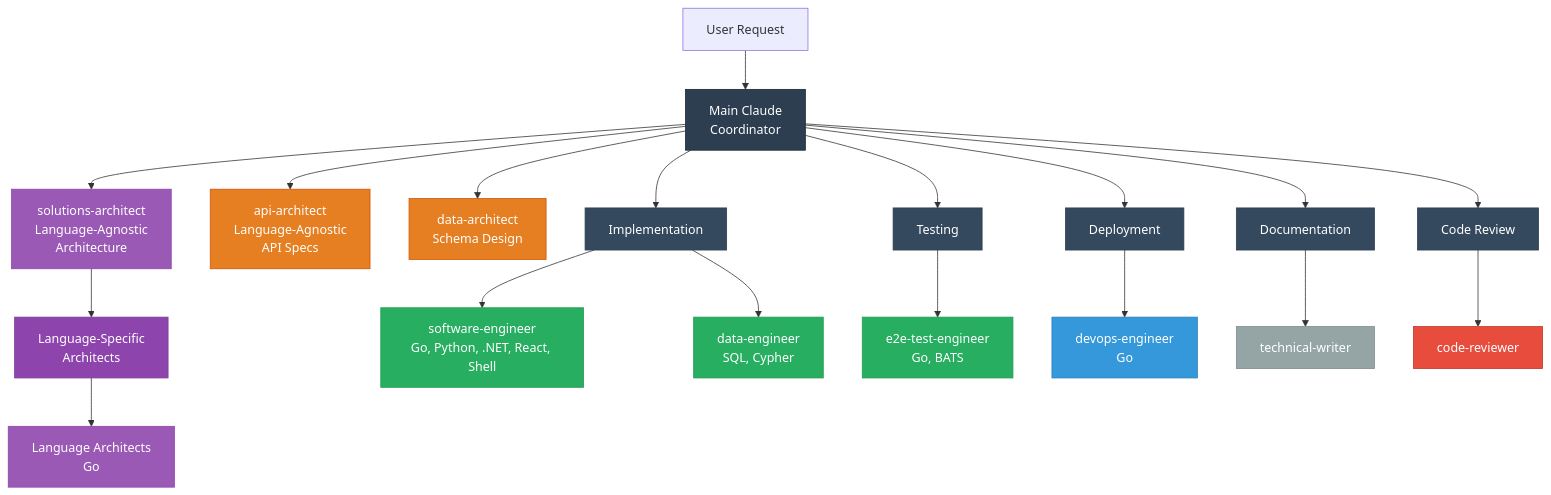
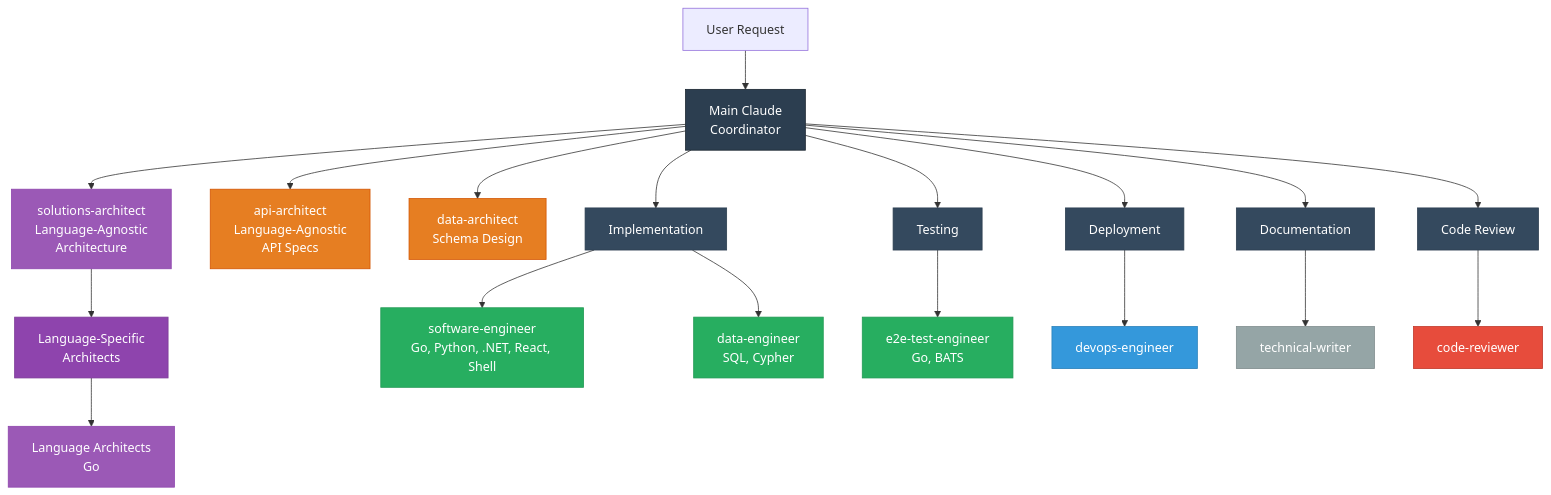
One commit to twistingmercury/claude-code-setup changed the first of 10 diagrams in agents/ABOUT-THE-AGENTS.md. Above: the diagram before and after it, drawn with Mermaid. The commit also changed 7 other files, not shown here.

Commit message:
added agnostic devops engineer, removed go-specific devops engineer

````diff
--- a/agents/ABOUT-THE-AGENTS.md
+++ b/agents/ABOUT-THE-AGENTS.md
@@ -17,44 +17,44 @@
 ```mermaid
 graph TD
 User[User Request] --> Main[Main Claude<br/>Coordinator]
 
     Main --> SoftArch[solutions-architect<br/>Language-Agnostic<br/>Architecture]
 
     SoftArch --> LangArch[Language-Specific<br/>Architects]
 
     LangArch --> LangSpecArch[Language Architects<br/>Go]
 
     Main --> APIArch[api-architect<br/>Language-Agnostic<br/>API Specs]
     Main --> DataArch[data-architect<br/>Schema Design]
     Main --> Impl[Implementation]
     Main --> Test[Testing]
     Main --> DevOps[Deployment]
     Main --> Doc[Documentation]
     Main --> Review[Code Review]
 
     Impl --> SoftEng[software-engineer<br/>Go, Python, .NET, React, Shell]
     Impl --> DataEng[data-engineer<br/>SQL, Cypher]
     Test --> E2EEng[e2e-test-engineer<br/>Go, BATS]
-    DevOps --> DevOpsEng[devops-engineer<br/>Go]
+    DevOps --> DevOpsEng[devops-engineer]
     Doc --> DocEng[technical-writer]
     Review --> CodeReview[code-reviewer]
 
     style Main fill:#2c3e50,stroke:#1a252f,color:#fff
     style SoftArch fill:#9b59b6,stroke:#8e44ad,color:#fff
     style LangArch fill:#8e44ad,stroke:#7d3c98,color:#fff
     style LangSpecArch fill:#9b59b6,stroke:#8e44ad,color:#fff
     style APIArch fill:#e67e22,stroke:#d35400,color:#fff
     style SoftEng fill:#27ae60,stroke:#229954,color:#fff
     style E2EEng fill:#27ae60,stroke:#229954,color:#fff
     style DevOpsEng fill:#3498db,stroke:#2980b9,color:#fff
     style DocEng fill:#95a5a6,stroke:#7f8c8d,color:#fff
     style DataArch fill:#e67e22,stroke:#d35400,color:#fff
     style DataEng fill:#27ae60,stroke:#229954,color:#fff
     style CodeReview fill:#e74c3c,stroke:#c0392b,color:#fff
     style Impl fill:#34495e,stroke:#2c3e50,color:#fff
     style Test fill:#34495e,stroke:#2c3e50,color:#fff
     style DevOps fill:#34495e,stroke:#2c3e50,color:#fff
     style Doc fill:#34495e,stroke:#2c3e50,color:#fff
     style Review fill:#34495e,stroke:#2c3e50,color:#fff
 
 ```
````
